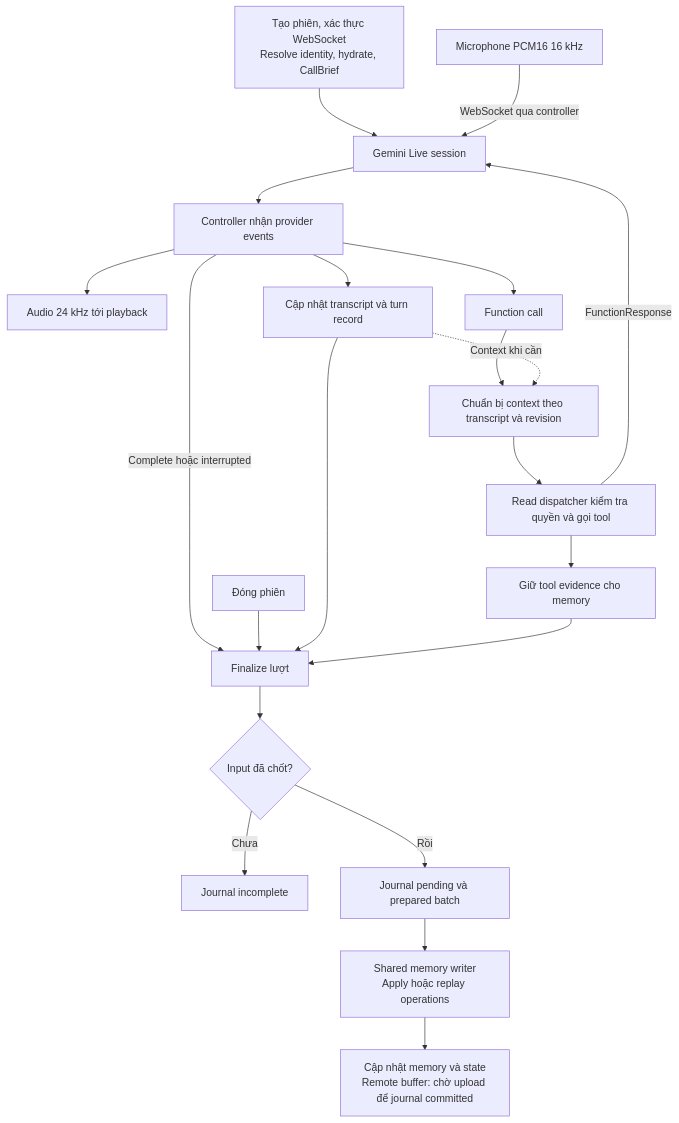
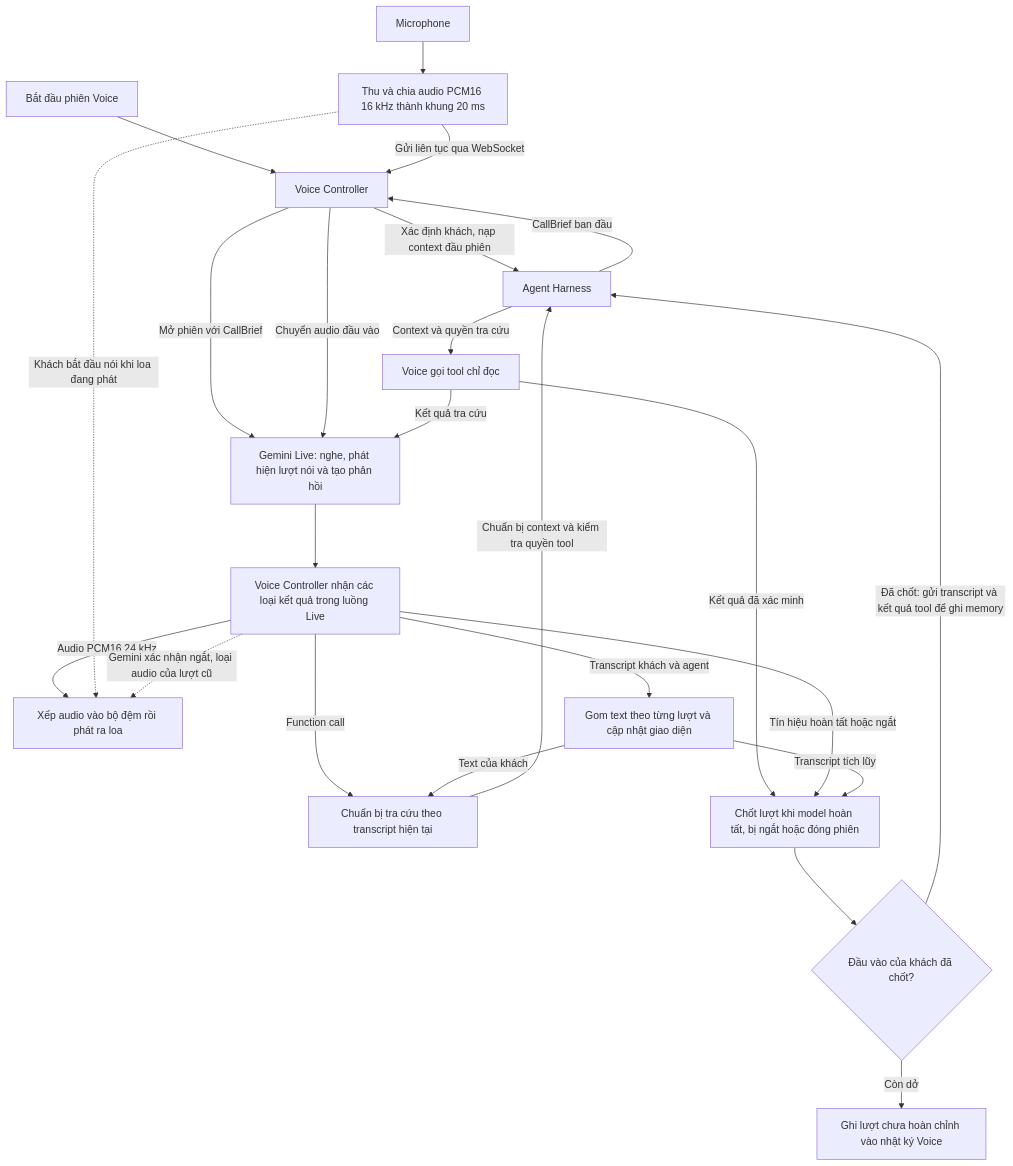
One commit to hyugai/sudocode2026-team9 changed the second of 2 diagrams in docs/architecture-doc/agent-harness-loop.md. Above: the diagram before and after it, drawn with Mermaid. The commit also changed other lines of this file and 3 other files, not shown here.

````diff
--- a/docs/architecture-doc/agent-harness-loop.md
+++ b/docs/architecture-doc/agent-harness-loop.md
@@ -71,23 +73,29 @@
 ```mermaid
 flowchart TD
-    Setup["Tạo phiên, xác thực WebSocket<br/>Resolve identity, hydrate, CallBrief"] --> Live["Gemini Live session"]
-    Mic["Microphone PCM16 16 kHz"] -->|"WebSocket qua controller"| Live
-    Live --> Events["Controller nhận provider events"]
-    Events --> Audio["Audio 24 kHz tới playback"]
-    Events --> Transcript["Cập nhật transcript và turn record"]
-    Events --> Function["Function call"]
-    Function --> Context["Chuẩn bị context theo transcript và revision"]
-    Transcript -.->|"Context khi cần"| Context
-    Context --> Read["Read dispatcher kiểm tra quyền và gọi tool"]
-    Read -->|"FunctionResponse"| Live
-    Read --> Evidence["Giữ tool evidence cho memory"]
-    Events -->|"Complete hoặc interrupted"| Finalize["Finalize lượt"]
-    Stop["Đóng phiên"] --> Finalize
-    Transcript --> Finalize
-    Evidence --> Finalize
-    Finalize --> Ready{"Input đã chốt?"}
-    Ready -->|"Chưa"| Incomplete["Journal incomplete"]
-    Ready -->|"Rồi"| Pending["Journal pending và prepared batch"]
-    Pending --> Writer["Shared memory writer<br/>Apply hoặc replay operations"]
-    Writer --> State["Cập nhật memory và state<br/>Remote buffer: chờ upload để journal committed"]
+    Start["Bắt đầu phiên Voice"] --> Controller["Voice Controller"]
+    Controller -->|"Xác định khách, nạp context đầu phiên"| Harness["Agent Harness"]
+    Harness -->|"CallBrief ban đầu"| Controller
+    Controller -->|"Mở phiên với CallBrief"| Live["Gemini Live: nghe, phát hiện lượt nói và tạo phản hồi"]
+
+    Mic["Microphone"] --> Capture["Thu và chia audio PCM16 16 kHz thành khung 20 ms"]
+    Capture -->|"Gửi liên tục qua WebSocket"| Controller
+    Controller -->|"Chuyển audio đầu vào"| Live
+    Live --> Events["Voice Controller nhận các loại kết quả trong luồng Live"]
+
+    Events -->|"Audio PCM16 24 kHz"| Playback["Xếp audio vào bộ đệm rồi phát ra loa"]
+    Events -->|"Transcript khách và agent"| Transcript["Gom text theo từng lượt và cập nhật giao diện"]
+    Events -->|"Function call"| Lookup["Chuẩn bị tra cứu theo transcript hiện tại"]
+    Transcript -->|"Text của khách"| Lookup
+    Lookup -->|"Chuẩn bị context và kiểm tra quyền tool"| Harness
+    Harness -->|"Context và quyền tra cứu"| Read["Voice gọi tool chỉ đọc"]
+    Read -->|"Kết quả tra cứu"| Live
+    Read -->|"Kết quả đã xác minh"| Finish["Chốt lượt khi model hoàn tất, bị ngắt hoặc đóng phiên"]
+    Events -->|"Tín hiệu hoàn tất hoặc ngắt"| Finish
+    Transcript -->|"Transcript tích lũy"| Finish
+    Finish --> Ready{"Đầu vào của khách đã chốt?"}
+    Ready -->|"Đã chốt: gửi transcript và kết quả tool để ghi memory"| Harness
+    Ready -->|"Còn dở"| Incomplete["Ghi lượt chưa hoàn chỉnh vào nhật ký Voice"]
+
+    Capture -.->|"Khách bắt đầu nói khi loa đang phát"| Playback
+    Events -.->|"Gemini xác nhận ngắt, loại audio của lượt cũ"| Playback
 ```
````
